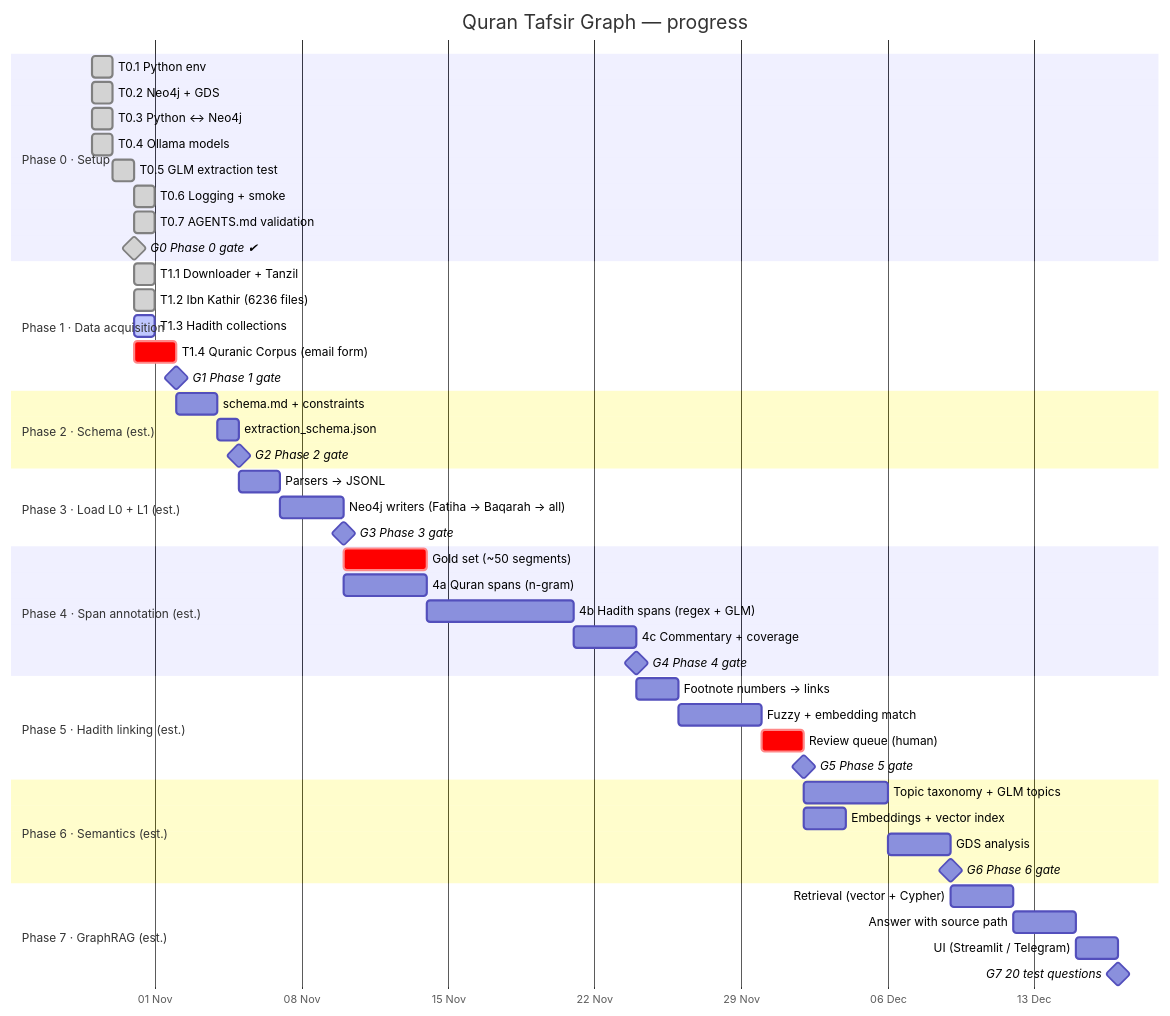
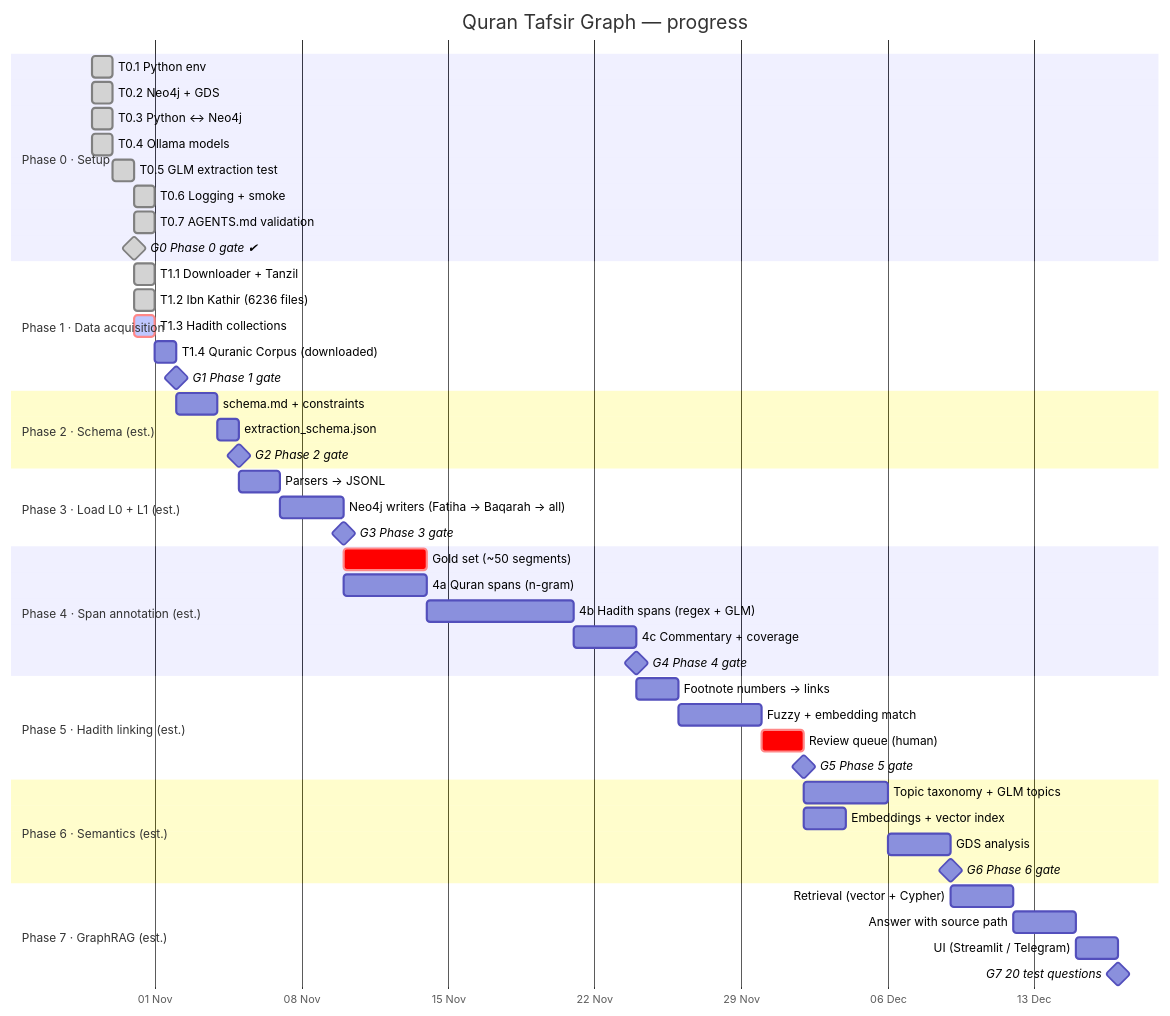
Before and after one commit to mohamed-soubhi/quran-graph: the diagram in docs/GANTT.md, drawn with Mermaid. The commit also changed other lines of this file and 6 other files, not shown here.

First line of the commit message:
T1.3 review: exact empty-text counts, Deviations rule, user scenarios; T1.4 ticket after corpus download

````diff
--- a/docs/GANTT.md
+++ b/docs/GANTT.md
@@ -9,59 +9,59 @@
 ```mermaid
 gantt
     title Quran Tafsir Graph — progress
     dateFormat YYYY-MM-DD
     axisFormat %d %b
     todayMarker stroke-width:3px,stroke:#d33
 
     section Phase 0 · Setup
     T0.1 Python env                 :done, t01, 2026-10-29, 1d
     T0.2 Neo4j + GDS                :done, t02, 2026-10-29, 1d
     T0.3 Python ↔ Neo4j             :done, t03, 2026-10-29, 1d
     T0.4 Ollama models              :done, t04, 2026-10-29, 1d
     T0.5 GLM extraction test        :done, t05, 2026-10-30, 1d
     T0.6 Logging + smoke            :done, t06, 2026-10-31, 1d
     T0.7 AGENTS.md validation       :done, t07, 2026-10-31, 1d
     G0 Phase 0 gate ✔               :milestone, done, g0, 2026-10-31, 0d
 
     section Phase 1 · Data acquisition
     T1.1 Downloader + Tanzil        :done, t11, 2026-10-31, 1d
     T1.2 Ibn Kathir (6236 files)    :done, t12, 2026-10-31, 1d
-    T1.3 Hadith collections         :active, t13, 2026-10-31, 1d
-    T1.4 Quranic Corpus (email form) :crit, t14, 2026-10-31, 2d
+    T1.3 Hadith collections         :crit, active, t13, 2026-10-31, 1d
+    T1.4 Quranic Corpus (downloaded) :t14, after t13, 1d
     G1 Phase 1 gate                 :milestone, g1, after t14, 0d
 
     section Phase 2 · Schema (est.)
     schema.md + constraints         :p2a, after g1, 2d
     extraction_schema.json          :p2b, after p2a, 1d
     G2 Phase 2 gate                 :milestone, g2, after p2b, 0d
 
     section Phase 3 · Load L0 + L1 (est.)
     Parsers → JSONL                 :p3a, after g2, 2d
     Neo4j writers (Fatiha → Baqarah → all) :p3b, after p3a, 3d
     G3 Phase 3 gate                 :milestone, g3, after p3b, 0d
 
     section Phase 4 · Span annotation (est.)
     Gold set (~50 segments)         :crit, p4g, after g3, 4d
     4a Quran spans (n-gram)         :p4a, after g3, 4d
     4b Hadith spans (regex + GLM)   :p4b, after p4a, 7d
     4c Commentary + coverage        :p4c, after p4b, 3d
     G4 Phase 4 gate                 :milestone, g4, after p4c, 0d
 
     section Phase 5 · Hadith linking (est.)
     Footnote numbers → links        :p5a, after g4, 2d
     Fuzzy + embedding match         :p5b, after p5a, 4d
     Review queue (human)            :crit, p5c, after p5b, 2d
     G5 Phase 5 gate                 :milestone, g5, after p5c, 0d
 
     section Phase 6 · Semantics (est.)
     Topic taxonomy + GLM topics     :p6a, after g5, 4d
     Embeddings + vector index       :p6b, after g5, 2d
     GDS analysis                    :p6c, after p6a, 3d
     G6 Phase 6 gate                 :milestone, g6, after p6c, 0d
 
     section Phase 7 · GraphRAG (est.)
     Retrieval (vector + Cypher)     :p7a, after g6, 3d
     Answer with source path         :p7b, after p7a, 3d
     UI (Streamlit / Telegram)       :p7c, after p7b, 2d
     G7 20 test questions            :milestone, g7, after p7c, 0d
 ```
````
